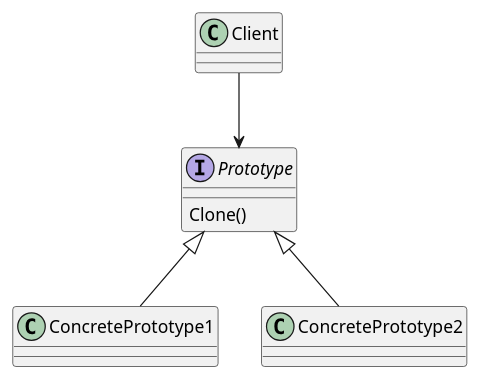
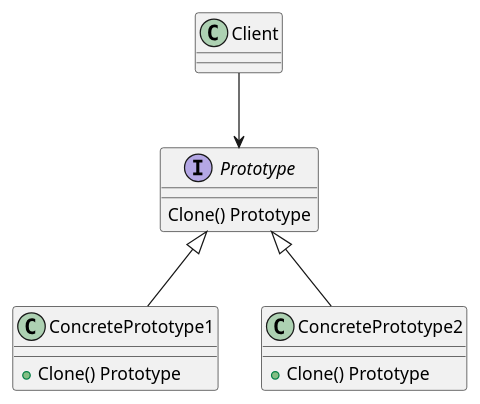
The diagram in 学习中心/01-技术栈/系统设计/设计模式/原型模式.md (ningzhaoxing/study_note), drawn with PlantUML before and after one commit. The commit also changed other lines of this file and 182 other files, not shown here.

````diff
--- a/学习中心/01-技术栈/系统设计/设计模式/原型模式.md
+++ b/学习中心/01-技术栈/系统设计/设计模式/原型模式.md
@@ -5,17 +21,19 @@
-  ```plantuml
-  class Client {}
-  
-  interface Prototype{
-	  Clone()
-  }
-  
-  class ConcretePrototype1 {}
-  
-  class ConcretePrototype2 {}
-  
-  ConcretePrototype1 --u|> Prototype
-  
-  ConcretePrototype2 --u|> Prototype
-  
-  Client --> Prototype
-  ```
+```plantuml
+interface Prototype {
+    Clone() Prototype
+}
+
+class ConcretePrototype1 {
+    + Clone() Prototype
+}
+
+class ConcretePrototype2 {
+    + Clone() Prototype
+}
+
+ConcretePrototype1 --u|> Prototype
+ConcretePrototype2 --u|> Prototype
+
+class Client {}
+Client --> Prototype
+```
````
